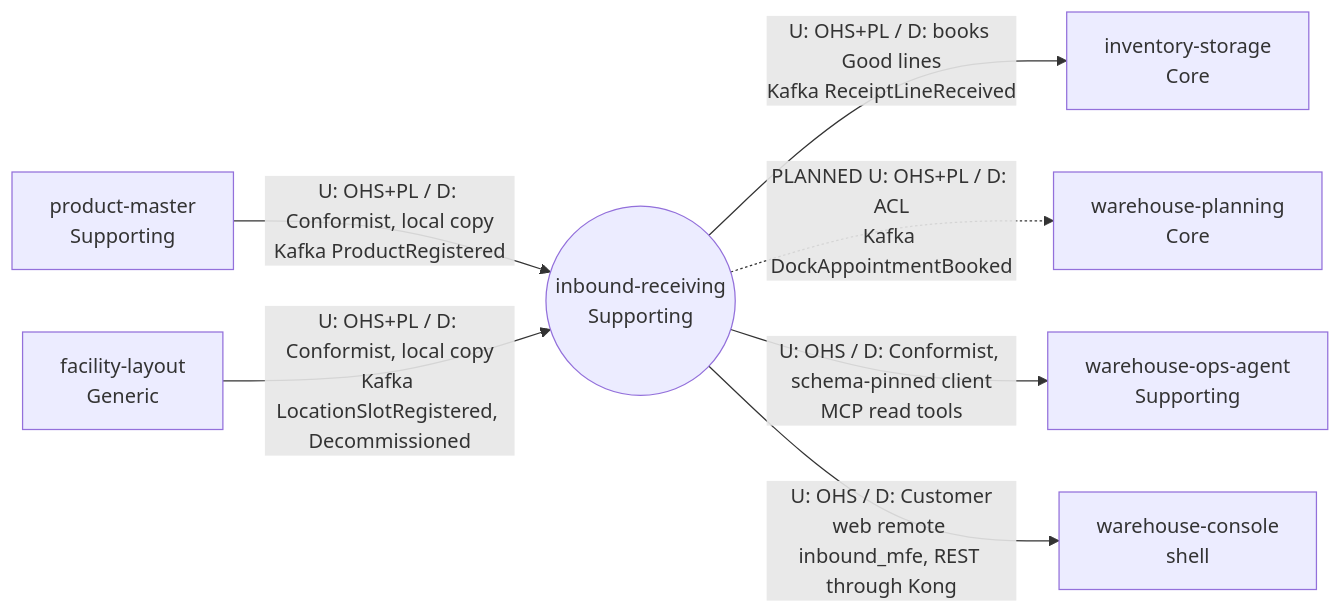
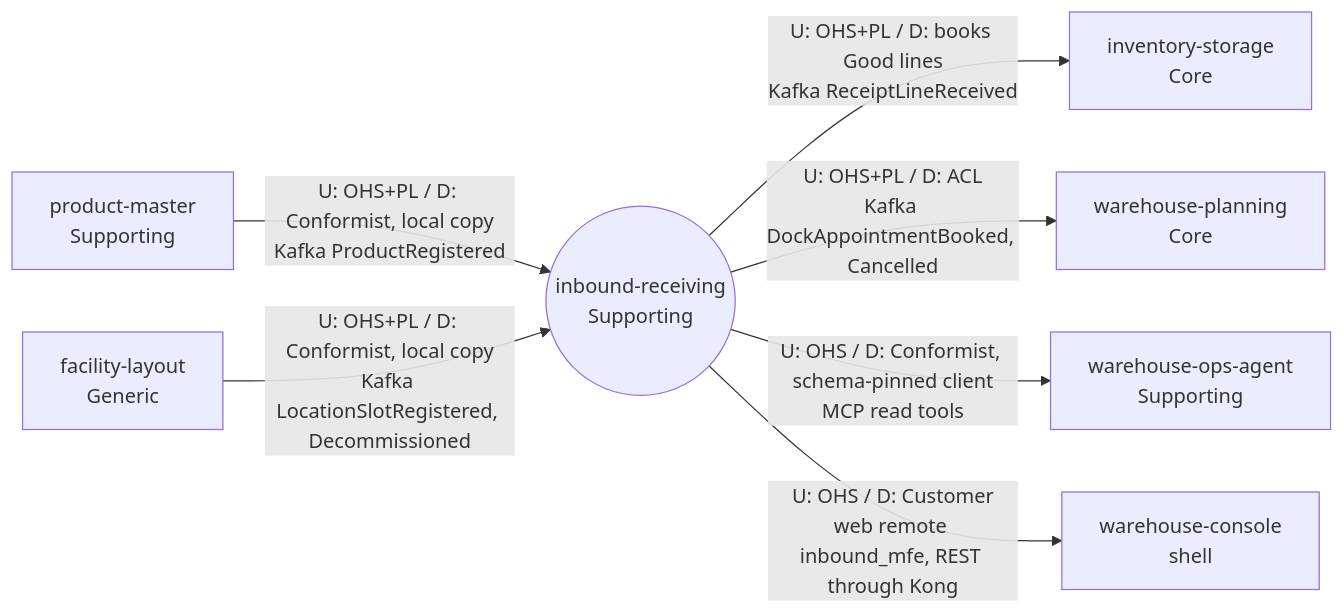
Before and after one commit to IQVO/warehouse-docs: the diagram in docs/contexts/inbound-receiving/context-map.md, drawn with Mermaid. The commit also changed other lines of this file and 237 other files, not shown here.

````diff
--- a/docs/contexts/inbound-receiving/context-map.md
+++ b/docs/contexts/inbound-receiving/context-map.md
@@ -21,18 +21,18 @@
 ```mermaid
 flowchart LR
   IR(("inbound-receiving<br/>Supporting"))
 
   PM["product-master<br/>Supporting"]
   FL["facility-layout<br/>Generic"]
   INV["inventory-storage<br/>Core"]
   WP["warehouse-planning<br/>Core"]
   OPS["warehouse-ops-agent<br/>Supporting"]
   CON["warehouse-console<br/>shell"]
 
   PM -- "U: OHS+PL / D: Conformist, local copy<br/>Kafka ProductRegistered" --> IR
   FL -- "U: OHS+PL / D: Conformist, local copy<br/>Kafka LocationSlotRegistered, Decommissioned" --> IR
   IR -- "U: OHS+PL / D: books Good lines<br/>Kafka ReceiptLineReceived" --> INV
-  IR -. "PLANNED U: OHS+PL / D: ACL<br/>Kafka DockAppointmentBooked" .-> WP
+  IR -- "U: OHS+PL / D: ACL<br/>Kafka DockAppointmentBooked, Cancelled" --> WP
   IR -- "U: OHS / D: Conformist, schema-pinned client<br/>MCP read tools" --> OPS
   IR -- "U: OHS / D: Customer<br/>web remote inbound_mfe, REST through Kong" --> CON
 ```
````
